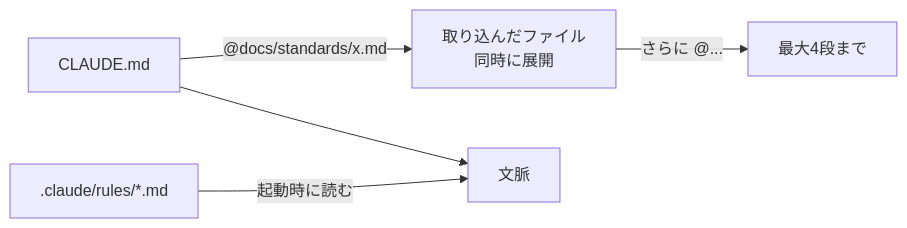
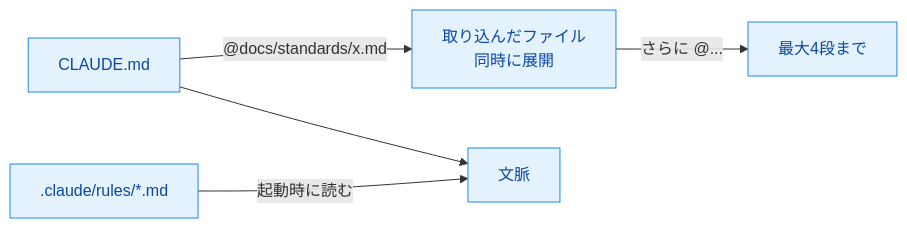
The diagram in ccaf/notes/03-claude-code/claude-md-modularization.md (yuya-take/yuya-exam-notes), drawn with Mermaid before and after one commit. The commit also changed other lines of this file and 50 other files, not shown here.

````diff
--- a/ccaf/notes/03-claude-code/claude-md-modularization.md
+++ b/ccaf/notes/03-claude-code/claude-md-modularization.md
@@ -12,7 +12,9 @@
 ```mermaid
 flowchart LR
-  R[CLAUDE.md] -->|"@docs/standards/x.md"| I[取り込んだファイル<br>同時に展開]
+  R[CLAUDE.md] -->|"@docs/standards/x.md"| I["取り込んだファイル<br>同時に展開"]
   I -->|"さらに @..."| I2[最大4段まで]
-  D[.claude/rules/*.md] -->|起動時に読む| C[文脈]
+  D[".claude/rules/*.md"] -->|起動時に読む| C[文脈]
   R --> C
+  classDef run fill:#e3f2fd,stroke:#1e88e5,color:#0d47a1
+  class R,I,I2,D,C run
 ```
````
